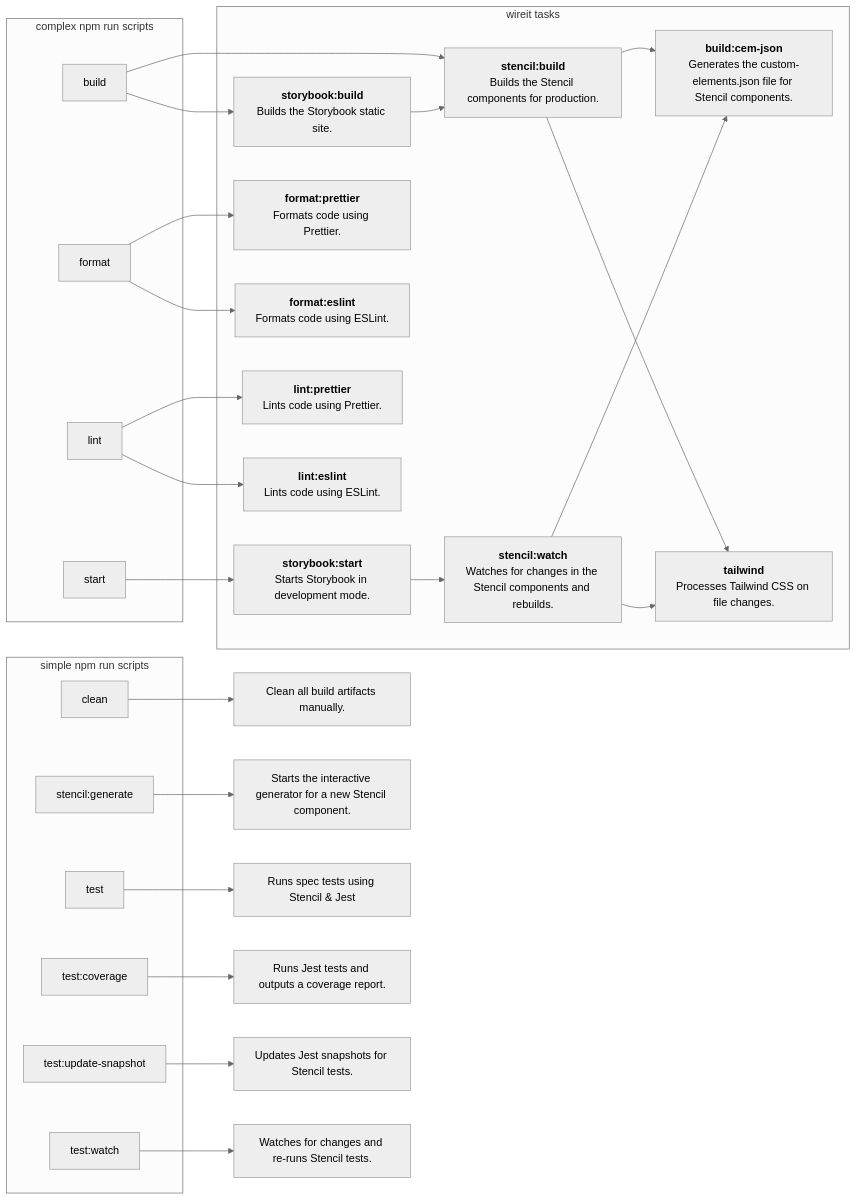
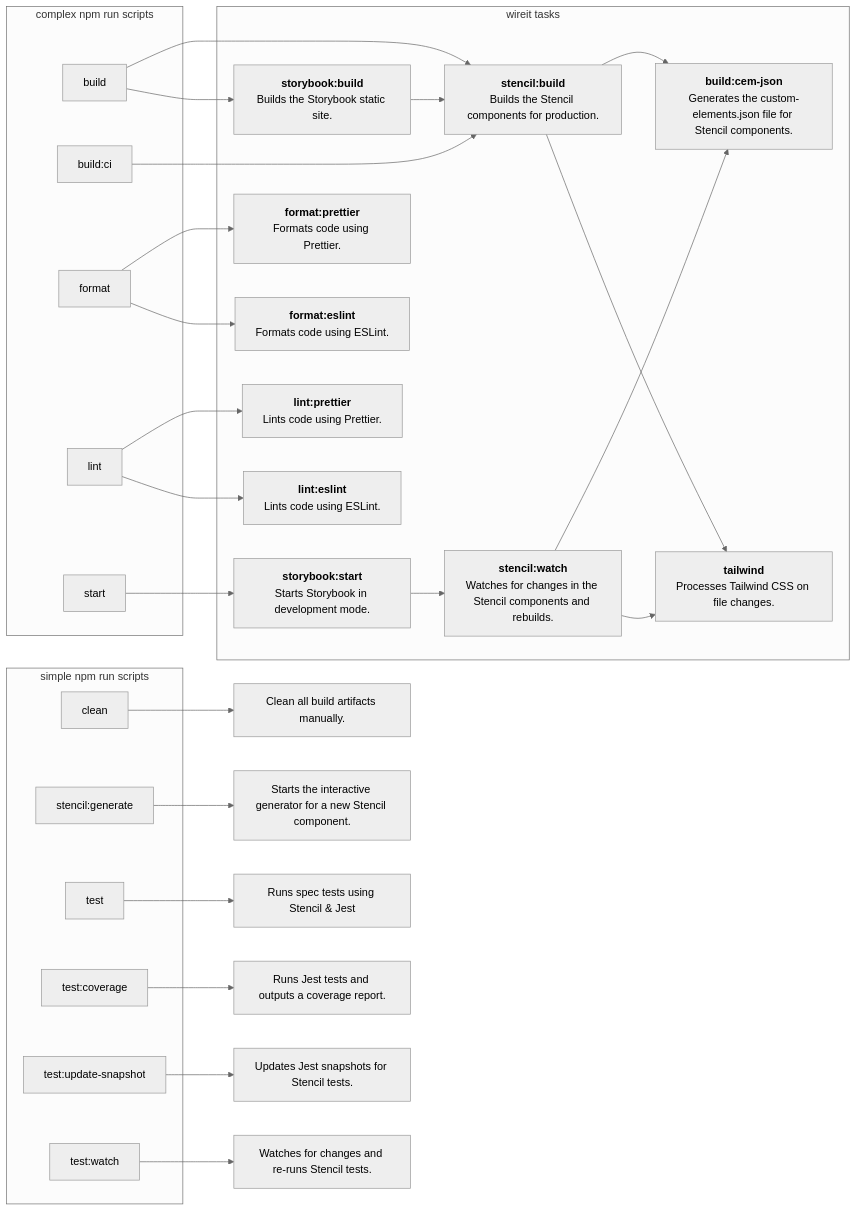
Before and after one commit to trimble-oss/modus-wc-2.0: the diagram in docs/build-scripts.md, drawn with Mermaid (neutral theme). The commit also changed 7 other files, not shown here.

```diff
--- a/docs/build-scripts.md
+++ b/docs/build-scripts.md
@@ -16,6 +16,7 @@
 
     build --> stencil_build
     build --> storybook_build
+    build:ci --> stencil_build
     stencil_build --> build_cem_json
     stencil_build --> tailwind
     storybook_build --> stencil_build
@@ -36,6 +37,7 @@
 
     subgraph complex npm run scripts
         build
+        build:ci
         format
         lint
         start
```
